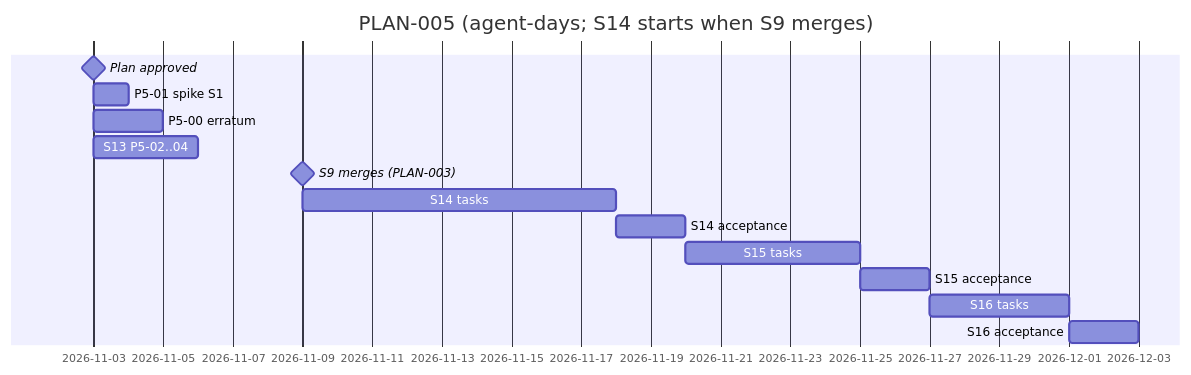
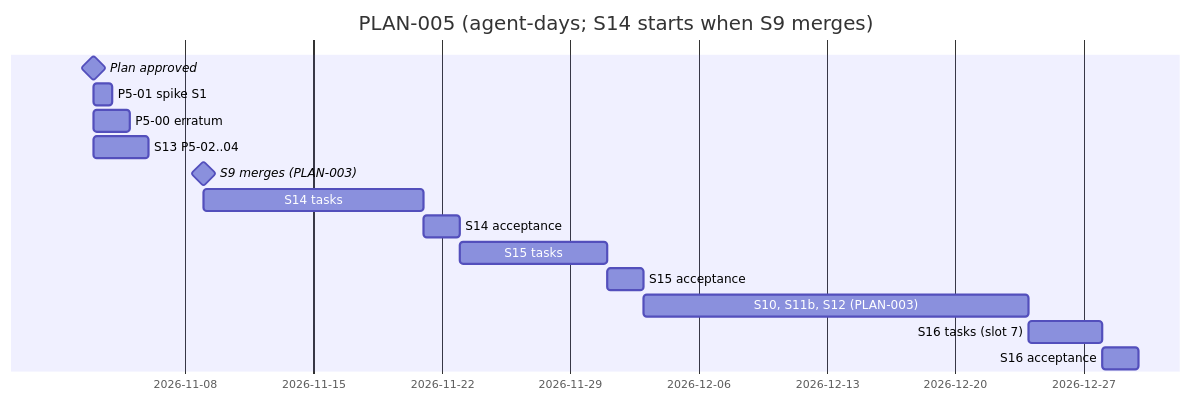
One commit to Navaladi2019/TicketingSystem changed the second of 2 diagrams in docs/delivery/plan-adr-004.md. Above: the diagram before and after it, drawn with Mermaid. The commit also changed other lines of this file and 2 other files, not shown here.

First line of the commit message:
TICK-417: PLAN-005 approved; Solution Architect editorial fixes

````diff
--- a/docs/delivery/plan-adr-004.md
+++ b/docs/delivery/plan-adr-004.md
@@ -170,16 +170,17 @@
 ```mermaid
 gantt
   title PLAN-005 (agent-days; S14 starts when S9 merges)
   dateFormat YYYY-MM-DD
   Plan approved                    :milestone, a, 2026-11-03, 0d
   P5-01 spike S1                   :sp, after a, 1d
   P5-00 erratum                    :e1, after a, 2d
   S13 P5-02..04                    :s13, after a, 3d
   S9 merges (PLAN-003)             :milestone, s9, 2026-11-09, 0d
-  S14 tasks                        :s14, after s9, 9d
+  S14 tasks                        :s14, after s9, 12d
   S14 acceptance                   :s14a, after s14, 2d
-  S15 tasks                        :s15, after s14a, 5d
+  S15 tasks                        :s15, after s14a, 8d
   S15 acceptance                   :s15a, after s15, 2d
-  S16 tasks                        :s16, after s15a, 4d
+  S10, S11b, S12 (PLAN-003)        :lane, after s15a, 21d
+  S16 tasks (slot 7)               :s16, after lane, 4d
   S16 acceptance                   :s16a, after s16, 2d
 ```
````
